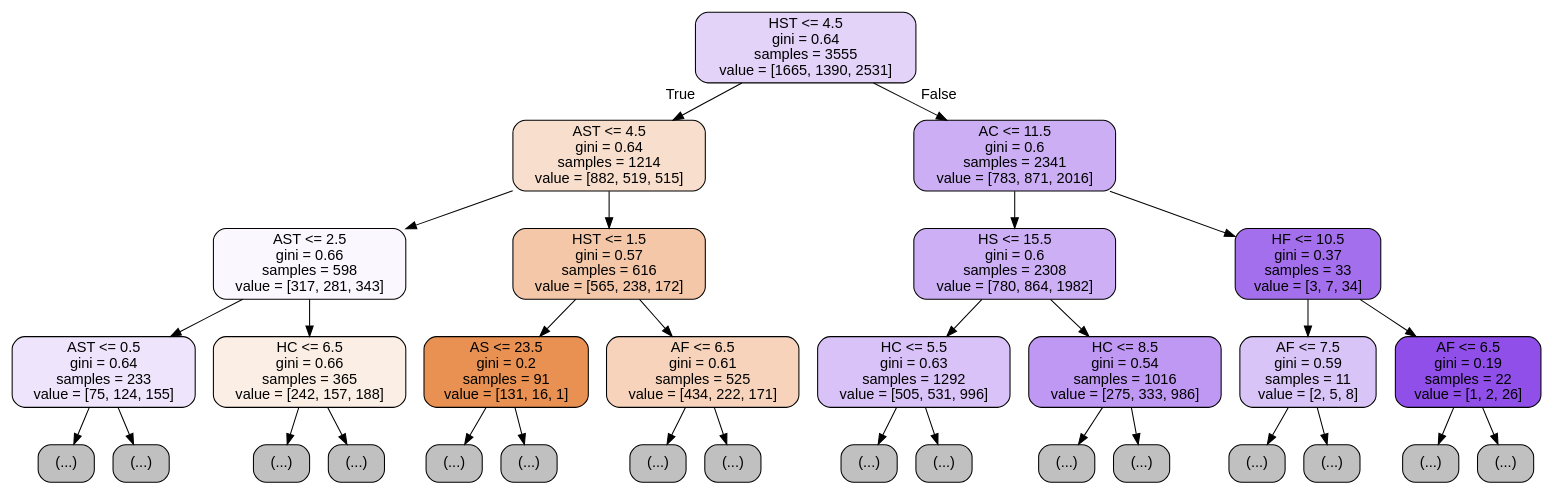
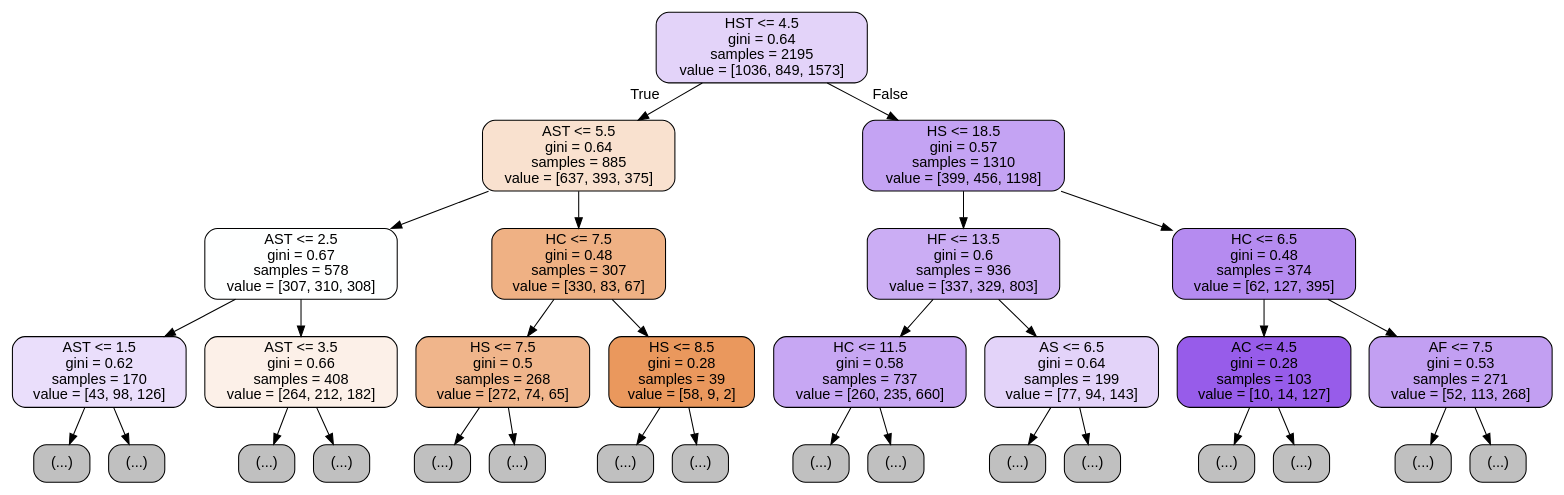
One commit to yolannel/BeatTheBookies changed the diagram in selectedFeatureSetTree.dot. Above: the diagram before and after it, drawn with Graphviz. The commit also changed 5 other files, not shown here.

```diff
--- a/selectedFeatureSetTree.dot
+++ b/selectedFeatureSetTree.dot
@@ -1,65 +1,65 @@
 digraph Tree {
 node [shape=box, style="filled, rounded", color="black", fontname=helvetica] ;
 edge [fontname=helvetica] ;
-0 [label="HST <= 4.5\ngini = 0.64\nsamples = 3555\nvalue = [1665, 1390, 2531]", fillcolor="#e3d3f9"] ;
-1 [label="AST <= 4.5\ngini = 0.64\nsamples = 1214\nvalue = [882, 519, 515]", fillcolor="#f8decc"] ;
+0 [label="HST <= 4.5\ngini = 0.64\nsamples = 2195\nvalue = [1036, 849, 1573]", fillcolor="#e3d3f9"] ;
+1 [label="AST <= 5.5\ngini = 0.64\nsamples = 885\nvalue = [637, 393, 375]", fillcolor="#f9e1cf"] ;
 0 -> 1 [labeldistance=2.5, labelangle=45, headlabel="True"] ;
-2 [label="AST <= 2.5\ngini = 0.66\nsamples = 598\nvalue = [317, 281, 343]", fillcolor="#faf7fe"] ;
+2 [label="AST <= 2.5\ngini = 0.67\nsamples = 578\nvalue = [307, 310, 308]", fillcolor="#feffff"] ;
 1 -> 2 ;
-3 [label="AST <= 0.5\ngini = 0.64\nsamples = 233\nvalue = [75, 124, 155]", fillcolor="#eee4fb"] ;
+3 [label="AST <= 1.5\ngini = 0.62\nsamples = 170\nvalue = [43, 98, 126]", fillcolor="#eadefb"] ;
 2 -> 3 ;
 4 [label="(...)", fillcolor="#C0C0C0"] ;
 3 -> 4 ;
-17 [label="(...)", fillcolor="#C0C0C0"] ;
-3 -> 17 ;
-260 [label="HC <= 6.5\ngini = 0.66\nsamples = 365\nvalue = [242, 157, 188]", fillcolor="#fbeee4"] ;
-2 -> 260 ;
-261 [label="(...)", fillcolor="#C0C0C0"] ;
-260 -> 261 ;
-544 [label="(...)", fillcolor="#C0C0C0"] ;
-260 -> 544 ;
-661 [label="HST <= 1.5\ngini = 0.57\nsamples = 616\nvalue = [565, 238, 172]", fillcolor="#f3c7a7"] ;
-1 -> 661 ;
-662 [label="AS <= 23.5\ngini = 0.2\nsamples = 91\nvalue = [131, 16, 1]", fillcolor="#e89153"] ;
-661 -> 662 ;
-663 [label="(...)", fillcolor="#C0C0C0"] ;
-662 -> 663 ;
-706 [label="(...)", fillcolor="#C0C0C0"] ;
-662 -> 706 ;
-711 [label="AF <= 6.5\ngini = 0.61\nsamples = 525\nvalue = [434, 222, 171]", fillcolor="#f6d3ba"] ;
-661 -> 711 ;
-712 [label="(...)", fillcolor="#C0C0C0"] ;
-711 -> 712 ;
-745 [label="(...)", fillcolor="#C0C0C0"] ;
-711 -> 745 ;
-1298 [label="AC <= 11.5\ngini = 0.6\nsamples = 2341\nvalue = [783, 871, 2016]", fillcolor="#cbaef4"] ;
-0 -> 1298 [labeldistance=2.5, labelangle=-45, headlabel="False"] ;
-1299 [label="HS <= 15.5\ngini = 0.6\nsamples = 2308\nvalue = [780, 864, 1982]", fillcolor="#ccaff4"] ;
-1298 -> 1299 ;
-1300 [label="HC <= 5.5\ngini = 0.63\nsamples = 1292\nvalue = [505, 531, 996]", fillcolor="#d8c2f7"] ;
-1299 -> 1300 ;
-1301 [label="(...)", fillcolor="#C0C0C0"] ;
-1300 -> 1301 ;
-1968 [label="(...)", fillcolor="#C0C0C0"] ;
-1300 -> 1968 ;
-2683 [label="HC <= 8.5\ngini = 0.54\nsamples = 1016\nvalue = [275, 333, 986]", fillcolor="#be98f2"] ;
-1299 -> 2683 ;
-2684 [label="(...)", fillcolor="#C0C0C0"] ;
-2683 -> 2684 ;
-3253 [label="(...)", fillcolor="#C0C0C0"] ;
-2683 -> 3253 ;
-3614 [label="HF <= 10.5\ngini = 0.37\nsamples = 33\nvalue = [3, 7, 34]", fillcolor="#a36fec"] ;
-1298 -> 3614 ;
-3615 [label="AF <= 7.5\ngini = 0.59\nsamples = 11\nvalue = [2, 5, 8]", fillcolor="#d9c4f7"] ;
-3614 -> 3615 ;
-3616 [label="(...)", fillcolor="#C0C0C0"] ;
-3615 -> 3616 ;
-3617 [label="(...)", fillcolor="#C0C0C0"] ;
-3615 -> 3617 ;
-3622 [label="AF <= 6.5\ngini = 0.19\nsamples = 22\nvalue = [1, 2, 26]", fillcolor="#8f4fe8"] ;
-3614 -> 3622 ;
-3623 [label="(...)", fillcolor="#C0C0C0"] ;
-3622 -> 3623 ;
-3624 [label="(...)", fillcolor="#C0C0C0"] ;
-3622 -> 3624 ;
+65 [label="(...)", fillcolor="#C0C0C0"] ;
+3 -> 65 ;
+170 [label="AST <= 3.5\ngini = 0.66\nsamples = 408\nvalue = [264, 212, 182]", fillcolor="#fcf0e8"] ;
+2 -> 170 ;
+171 [label="(...)", fillcolor="#C0C0C0"] ;
+170 -> 171 ;
+328 [label="(...)", fillcolor="#C0C0C0"] ;
+170 -> 328 ;
+595 [label="HC <= 7.5\ngini = 0.48\nsamples = 307\nvalue = [330, 83, 67]", fillcolor="#efb184"] ;
+1 -> 595 ;
+596 [label="HS <= 7.5\ngini = 0.5\nsamples = 268\nvalue = [272, 74, 65]", fillcolor="#f0b58b"] ;
+595 -> 596 ;
+597 [label="(...)", fillcolor="#C0C0C0"] ;
+596 -> 597 ;
+678 [label="(...)", fillcolor="#C0C0C0"] ;
+596 -> 678 ;
+861 [label="HS <= 8.5\ngini = 0.28\nsamples = 39\nvalue = [58, 9, 2]", fillcolor="#ea985d"] ;
+595 -> 861 ;
+862 [label="(...)", fillcolor="#C0C0C0"] ;
+861 -> 862 ;
+869 [label="(...)", fillcolor="#C0C0C0"] ;
+861 -> 869 ;
+880 [label="HS <= 18.5\ngini = 0.57\nsamples = 1310\nvalue = [399, 456, 1198]", fillcolor="#c4a3f3"] ;
+0 -> 880 [labeldistance=2.5, labelangle=-45, headlabel="False"] ;
+881 [label="HF <= 13.5\ngini = 0.6\nsamples = 936\nvalue = [337, 329, 803]", fillcolor="#cbadf4"] ;
+880 -> 881 ;
+882 [label="HC <= 11.5\ngini = 0.58\nsamples = 737\nvalue = [260, 235, 660]", fillcolor="#c7a7f3"] ;
+881 -> 882 ;
+883 [label="(...)", fillcolor="#C0C0C0"] ;
+882 -> 883 ;
+1600 [label="(...)", fillcolor="#C0C0C0"] ;
+882 -> 1600 ;
+1627 [label="AS <= 6.5\ngini = 0.64\nsamples = 199\nvalue = [77, 94, 143]", fillcolor="#e3d3f9"] ;
+881 -> 1627 ;
+1628 [label="(...)", fillcolor="#C0C0C0"] ;
+1627 -> 1628 ;
+1645 [label="(...)", fillcolor="#C0C0C0"] ;
+1627 -> 1645 ;
+1856 [label="HC <= 6.5\ngini = 0.48\nsamples = 374\nvalue = [62, 127, 395]", fillcolor="#b58bf0"] ;
+880 -> 1856 ;
+1857 [label="AC <= 4.5\ngini = 0.28\nsamples = 103\nvalue = [10, 14, 127]", fillcolor="#975cea"] ;
+1856 -> 1857 ;
+1858 [label="(...)", fillcolor="#C0C0C0"] ;
+1857 -> 1858 ;
+1899 [label="(...)", fillcolor="#C0C0C0"] ;
+1857 -> 1899 ;
+1916 [label="AF <= 7.5\ngini = 0.53\nsamples = 271\nvalue = [52, 113, 268]", fillcolor="#c29ff2"] ;
+1856 -> 1916 ;
+1917 [label="(...)", fillcolor="#C0C0C0"] ;
+1916 -> 1917 ;
+1954 [label="(...)", fillcolor="#C0C0C0"] ;
+1916 -> 1954 ;
 }
```
